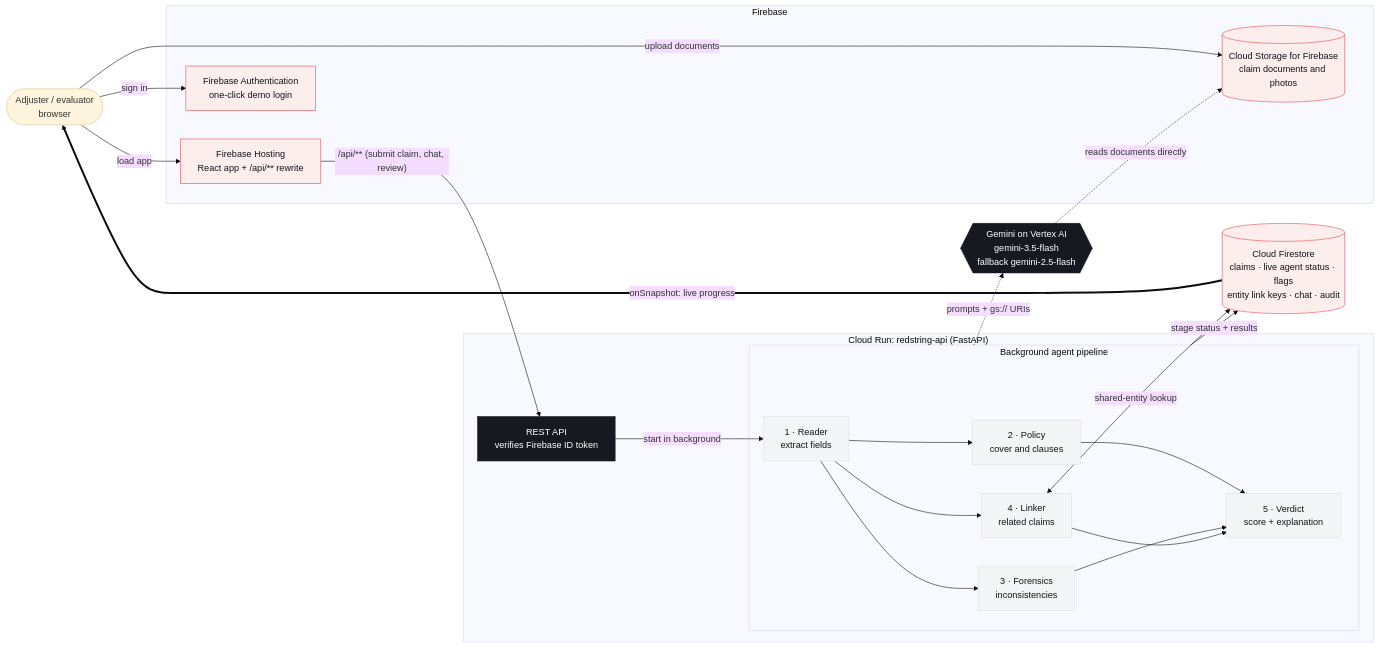
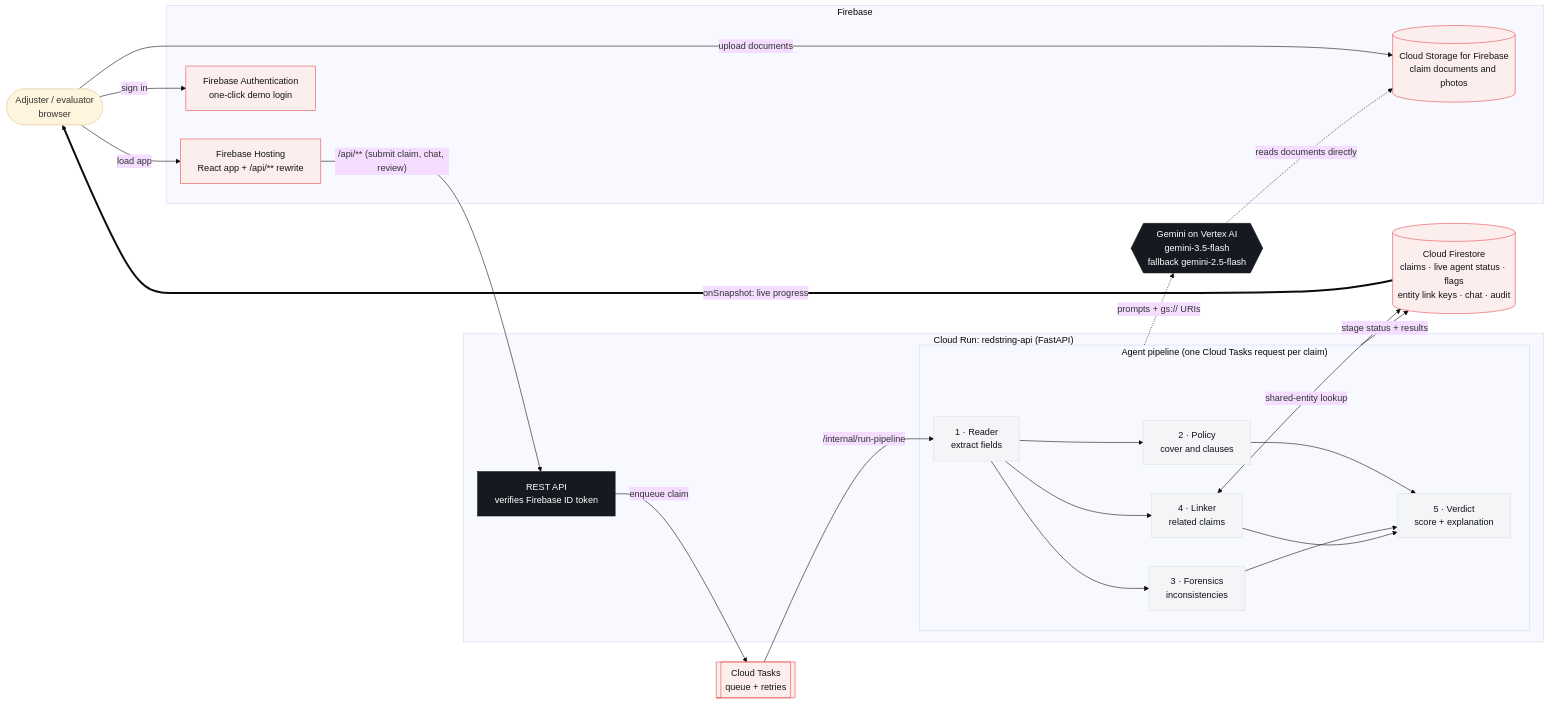
The diagram in README.md (dipan010/redstring), drawn with Mermaid (base theme) before and after one commit. The commit also changed other lines of this file and 21 other files, not shown here.

Commit message:
Queue the agent pipeline with Cloud Tasks; scale Cloud Run to zero with request-based CPU (512 MiB)

````diff
--- a/README.md
+++ b/README.md
@@ -43,44 +44,46 @@
 ```mermaid
 flowchart LR
     U(["Adjuster / evaluator<br/>browser"])
 
     subgraph FB["Firebase"]
         H["Firebase Hosting<br/>React app + /api/** rewrite"]
         A["Firebase Authentication<br/>one-click demo login"]
         S[("Cloud Storage for Firebase<br/>claim documents and photos")]
     end
 
     subgraph CR["Cloud Run: redstring-api (FastAPI)"]
         API["REST API<br/>verifies Firebase ID token"]
-        subgraph P["Background agent pipeline"]
+        subgraph P["Agent pipeline (one Cloud Tasks request per claim)"]
             R["1 · Reader<br/>extract fields"]
             PO["2 · Policy<br/>cover and clauses"]
             FO["3 · Forensics<br/>inconsistencies"]
             L["4 · Linker<br/>related claims"]
             V["5 · Verdict<br/>score + explanation"]
         end
     end
 
     G{{"Gemini on Vertex AI<br/>gemini-3.5-flash<br/>fallback gemini-2.5-flash"}}
     F[("Cloud Firestore<br/>claims · live agent status · flags<br/>entity link keys · chat · audit")]
 
     U -->|sign in| A
     U -->|load app| H
     U -->|upload documents| S
     H -->|"/api/** (submit claim, chat, review)"| API
-    API -->|start in background| R
+    API -->|enqueue claim| Q[["Cloud Tasks<br/>queue + retries"]]
+    Q -->|"/internal/run-pipeline"| R
     R --> PO & FO & L
     PO & FO & L --> V
     P -.->|"prompts + gs:// URIs"| G
     G -.->|reads documents directly| S
     L <-->|shared-entity lookup| F
     P -->|stage status + results| F
     F ==>|"onSnapshot: live progress"| U
 
     classDef google fill:#fdeeee,stroke:#e5484d,color:#111318
     classDef dark fill:#161920,stroke:#161920,color:#ffffff
     classDef agent fill:#f4f5f7,stroke:#dde0e5,color:#111318
     class H,A,S,F google
     class G,API dark
+    class Q google
     class R,PO,FO,L,V agent
 ```
````
